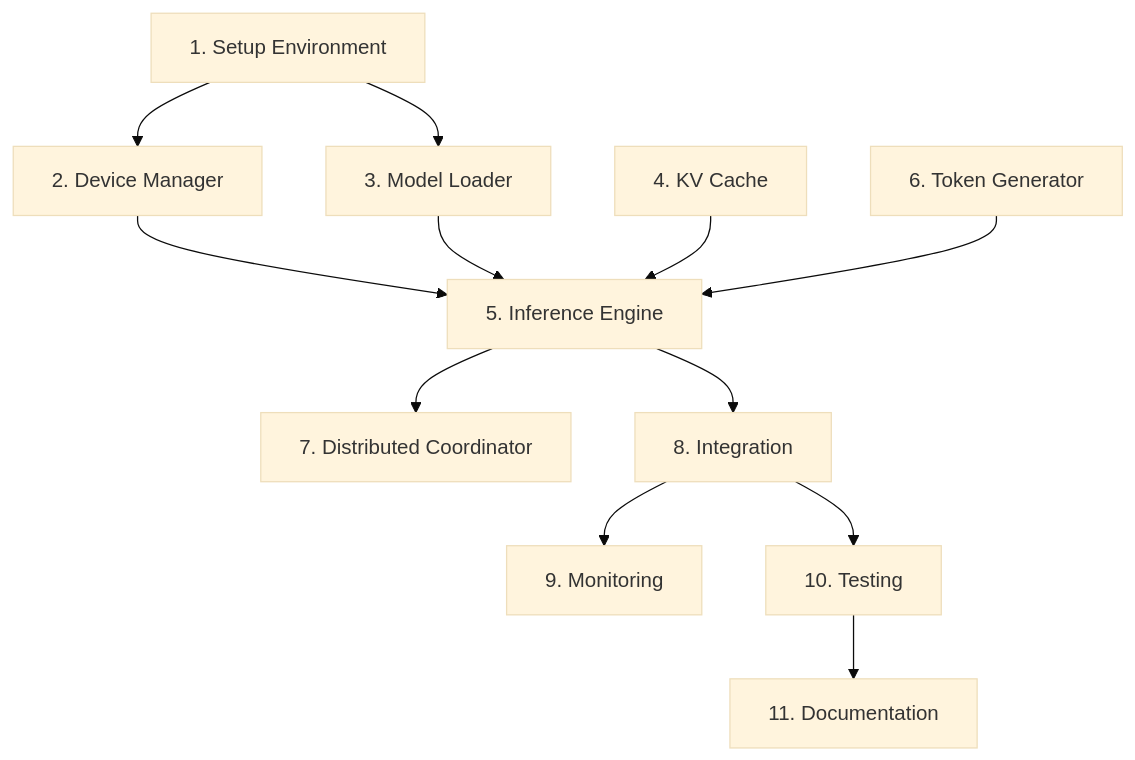
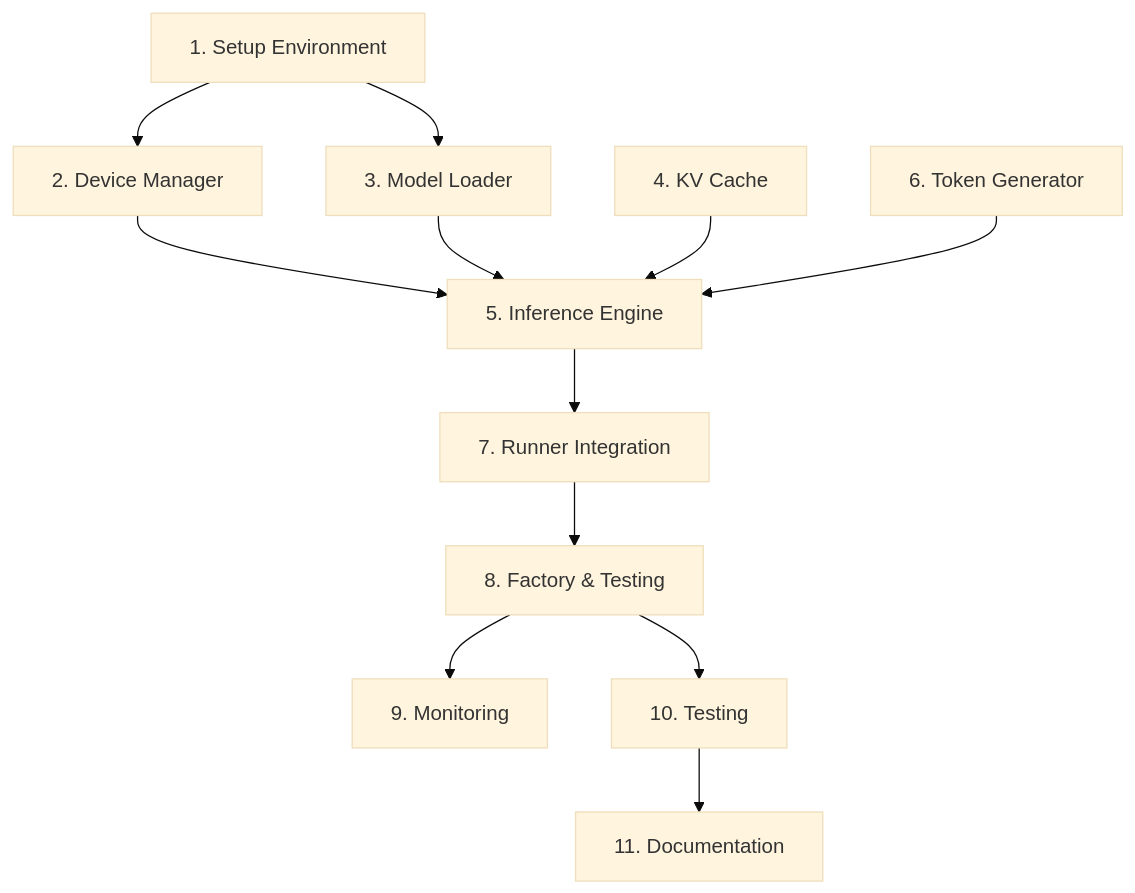
Before and after one commit to celesrenata/exo: the diagram in .kiro/specs/pytorch-ipex-intel-arc/tasks.md, drawn with Mermaid (base theme). The commit also changed other lines of this file and 117 other files, not shown here.

````diff
--- a/.kiro/specs/pytorch-ipex-intel-arc/tasks.md
+++ b/.kiro/specs/pytorch-ipex-intel-arc/tasks.md
@@ -391,14 +391,14 @@
 ```mermaid
 graph TD
     T1[1. Setup Environment] --> T2[2. Device Manager]
     T1 --> T3[3. Model Loader]
     T2 --> T5[5. Inference Engine]
     T3 --> T5
     T4[4. KV Cache] --> T5
     T6[6. Token Generator] --> T5
-    T5 --> T7[7. Distributed Coordinator]
-    T5 --> T8[8. Integration]
+    T5 --> T7[7. Runner Integration]
+    T7 --> T8[8. Factory & Testing]
     T8 --> T9[9. Monitoring]
     T8 --> T10[10. Testing]
     T10 --> T11[11. Documentation]
 ```
````
